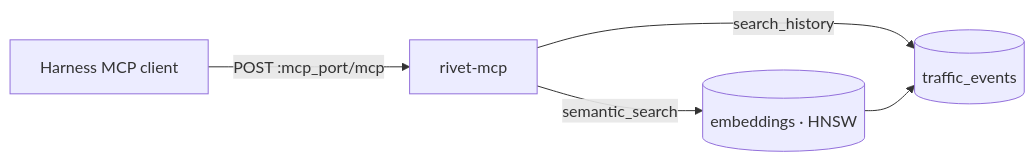
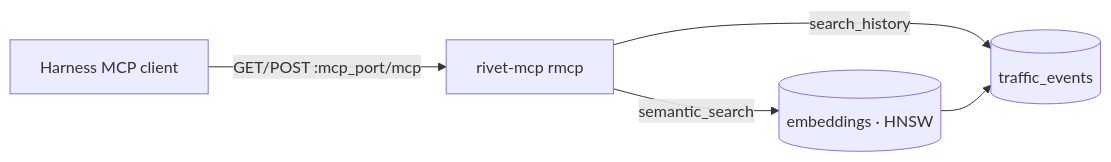
Before and after one commit to Rivethub/ExperimentOne: the tenth of 13 diagrams in docs/architecture.md, drawn with Mermaid. The commit also changed other lines of this file and 43 other files, not shown here.

````diff
--- a/docs/architecture.md
+++ b/docs/architecture.md
@@ -254,7 +265,7 @@
 ```mermaid
 flowchart LR
-  Harness[Harness MCP client] -->|POST :mcp_port/mcp| MCP[rivet-mcp]
+  Harness[Harness MCP client] -->|GET/POST :mcp_port/mcp| MCP[rivet-mcp rmcp]
   MCP -->|search_history| CH[(traffic_events)]
   MCP -->|semantic_search| Emb[(embeddings · HNSW)]
   Emb --> CH
 ```
````
